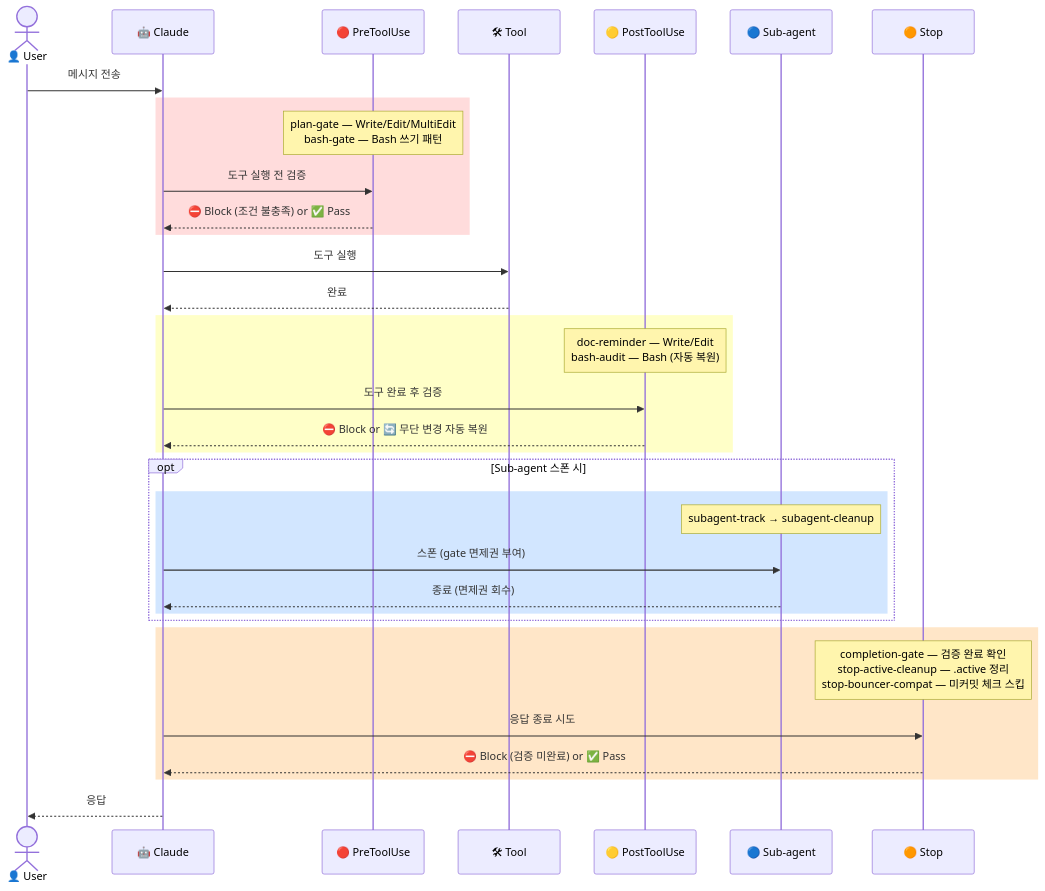
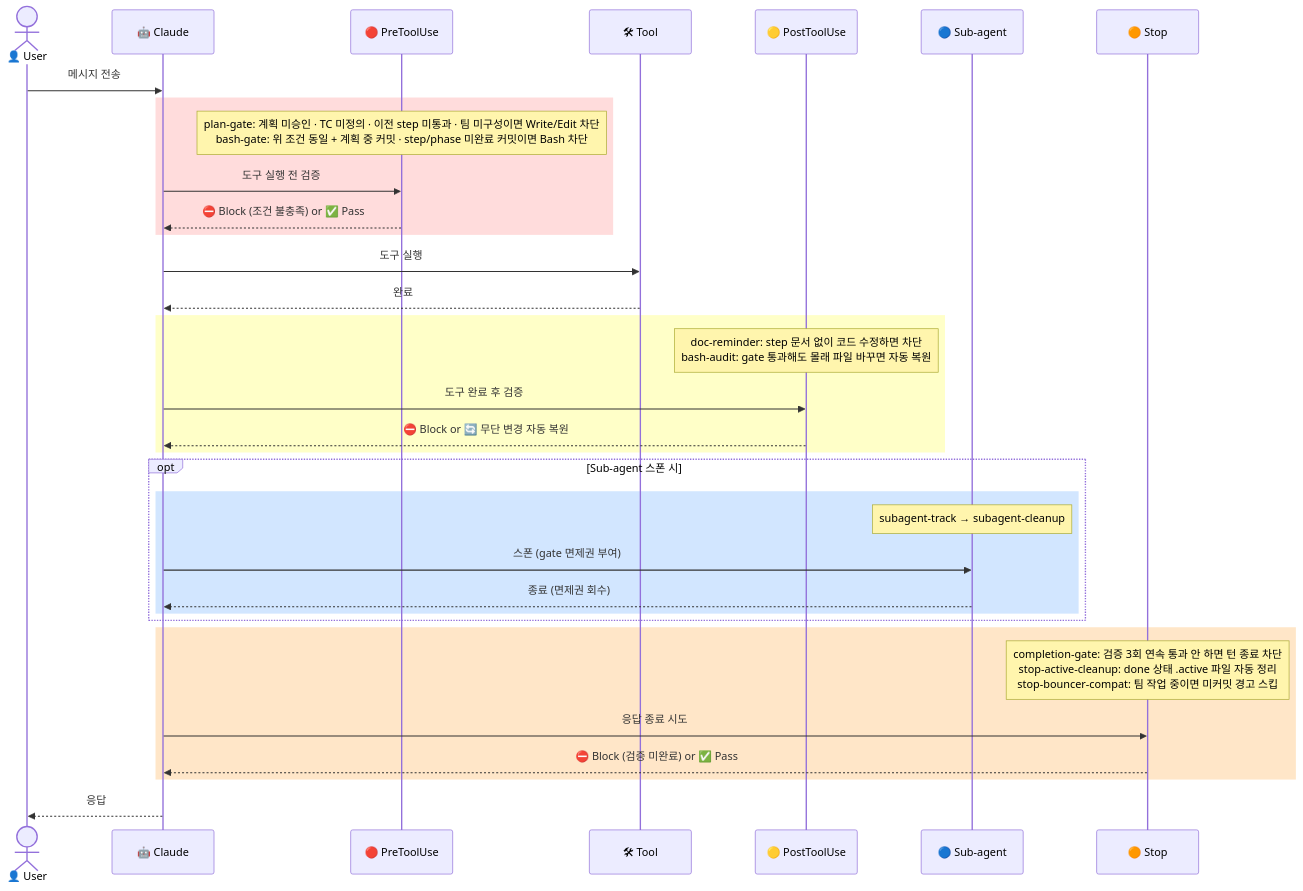
One commit to kangraemin/ai-bouncer changed the diagram in docs/hooks-lifecycle.md. Above: the diagram before and after it, drawn with Mermaid.

Commit message:
docs: 훅 다이어그램 note에 한 줄 설명 추가

````diff
--- a/docs/hooks-lifecycle.md
+++ b/docs/hooks-lifecycle.md
@@ -25,43 +25,43 @@
 ```mermaid
 sequenceDiagram
     actor U as 👤 User
     participant C as 🤖 Claude
     participant PRE as 🔴 PreToolUse
     participant T as 🛠 Tool
     participant POST as 🟡 PostToolUse
     participant SUB as 🔵 Sub-agent
     participant STP as 🟠 Stop
 
     U->>C: 메시지 전송
 
     rect rgb(255, 220, 220)
-        note over PRE: plan-gate — Write/Edit/MultiEdit<br/>bash-gate — Bash 쓰기 패턴
+        note over PRE: plan-gate: 계획 미승인 · TC 미정의 · 이전 step 미통과 · 팀 미구성이면 Write/Edit 차단<br/>bash-gate: 위 조건 동일 + 계획 중 커밋 · step/phase 미완료 커밋이면 Bash 차단
         C->>PRE: 도구 실행 전 검증
         PRE-->>C: ⛔ Block (조건 불충족) or ✅ Pass
     end
 
     C->>T: 도구 실행
     T-->>C: 완료
 
     rect rgb(255, 255, 200)
-        note over POST: doc-reminder — Write/Edit<br/>bash-audit — Bash (자동 복원)
+        note over POST: doc-reminder: step 문서 없이 코드 수정하면 차단<br/>bash-audit: gate 통과해도 몰래 파일 바꾸면 자동 복원
         C->>POST: 도구 완료 후 검증
         POST-->>C: ⛔ Block or 🔄 무단 변경 자동 복원
     end
 
     opt Sub-agent 스폰 시
         rect rgb(210, 230, 255)
             note over SUB: subagent-track → subagent-cleanup
             C->>SUB: 스폰 (gate 면제권 부여)
             SUB-->>C: 종료 (면제권 회수)
         end
     end
 
     rect rgb(255, 230, 200)
-        note over STP: completion-gate — 검증 완료 확인<br/>stop-active-cleanup — .active 정리<br/>stop-bouncer-compat — 미커밋 체크 스킵
+        note over STP: completion-gate: 검증 3회 연속 통과 안 하면 턴 종료 차단<br/>stop-active-cleanup: done 상태 .active 파일 자동 정리<br/>stop-bouncer-compat: 팀 작업 중이면 미커밋 경고 스킵
         C->>STP: 응답 종료 시도
         STP-->>C: ⛔ Block (검증 미완료) or ✅ Pass
     end
 
     C-->>U: 응답
 ```
````
